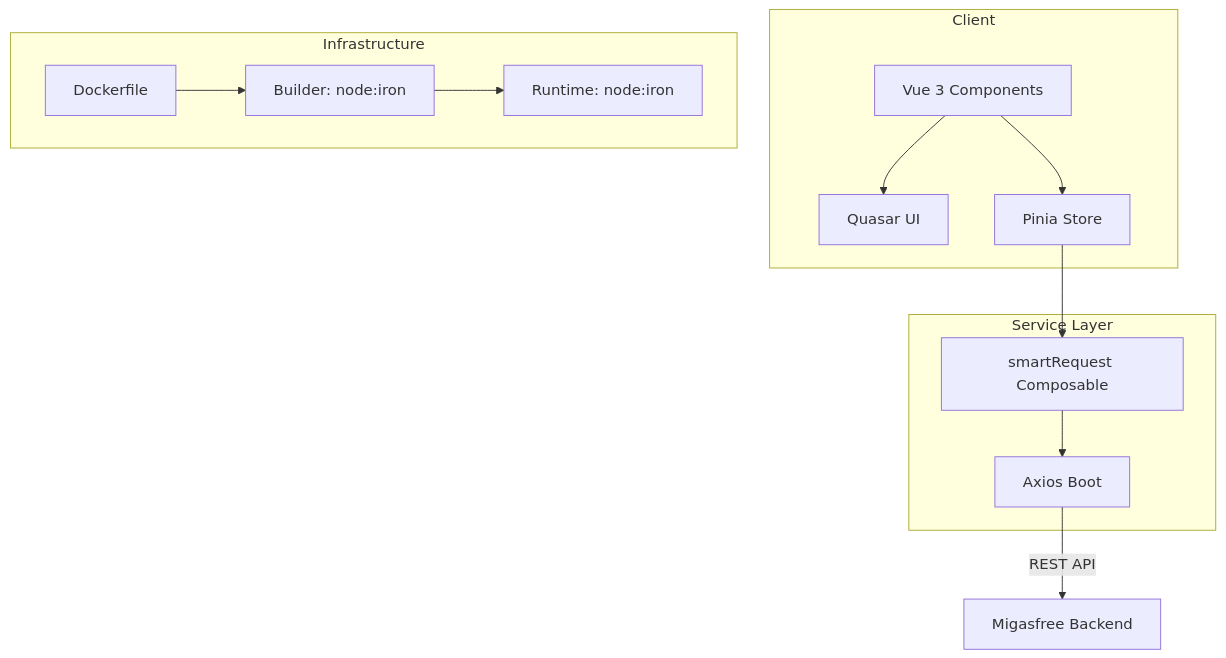
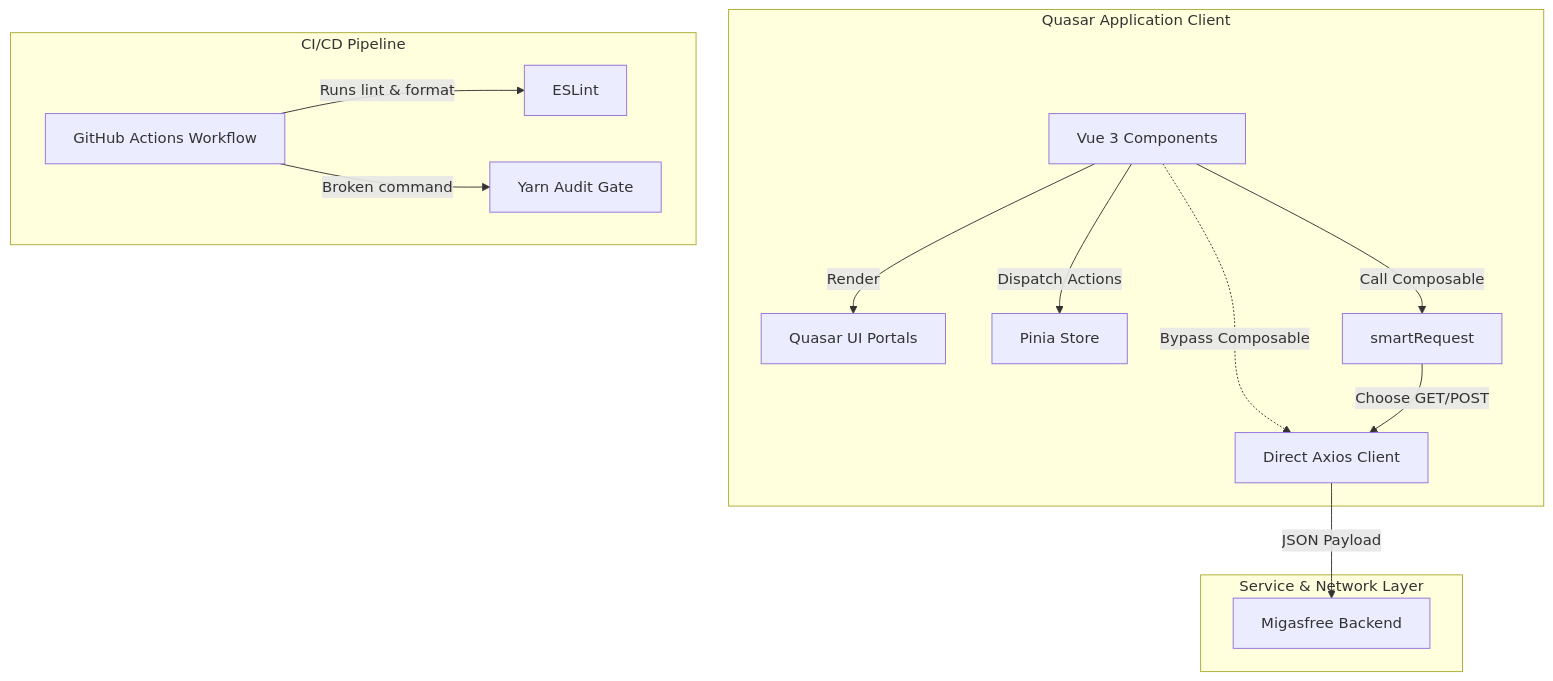
Before and after one commit to migasfree/migasfree-frontend: the first of 2 diagrams in docs/governance/audits/codebase_audit_report.md, drawn with Mermaid. The commit also changed other lines of this file, not shown here.

First line of the commit message:
docs(audit): rewrite codebase audit report with new findings

````diff
--- a/docs/governance/audits/codebase_audit_report.md
+++ b/docs/governance/audits/codebase_audit_report.md
@@ -103,19 +130,19 @@
 ```mermaid
 graph TD
-    subgraph Client
-        V[Vue 3 Components] --> Q[Quasar UI]
-        V --> P[Pinia Store]
+    subgraph Quasar Application Client
+        V[Vue 3 Components] --> |Render| Q[Quasar UI Portals]
+        V --> |Dispatch Actions| P[Pinia Store]
+        V -.-> |Bypass Composable| AX[Direct Axios Client]
+        V --> |Call Composable| SR[smartRequest]
     end
 
-    subgraph Service Layer
-        P --> SR[smartRequest Composable]
-        SR --> AX[Axios Boot]
+    subgraph Service & Network Layer
+        SR --> |Choose GET/POST| AX
+        AX --> |JSON Payload| MB[Migasfree Backend]
     end
 
-    subgraph Infrastructure
-        D[Dockerfile] --> B[Builder: node:iron]
-        B --> R[Runtime: node:iron]
+    subgraph CI/CD Pipeline
+        GA[GitHub Actions Workflow] --> |Runs lint & format| L[ESLint]
+        GA --> |Broken command| A[Yarn Audit Gate]
     end
-
-    AX --> |REST API| MB[Migasfree Backend]
 ```
````
